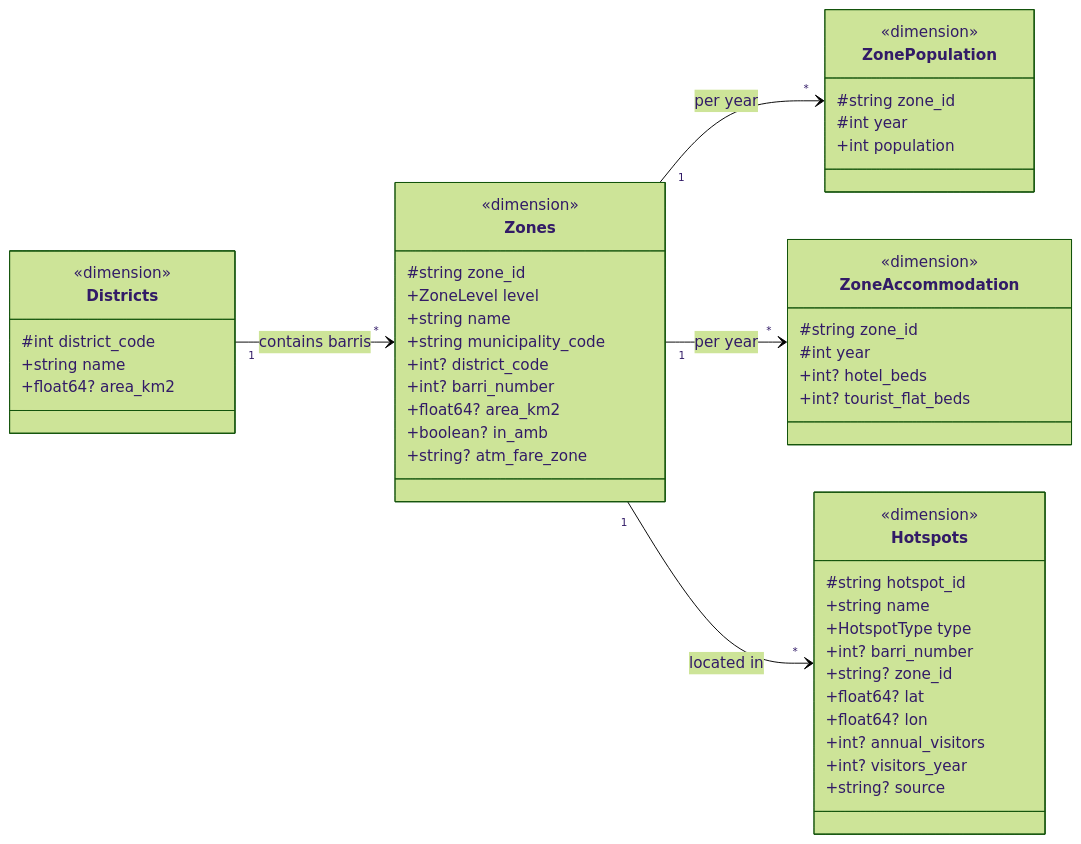
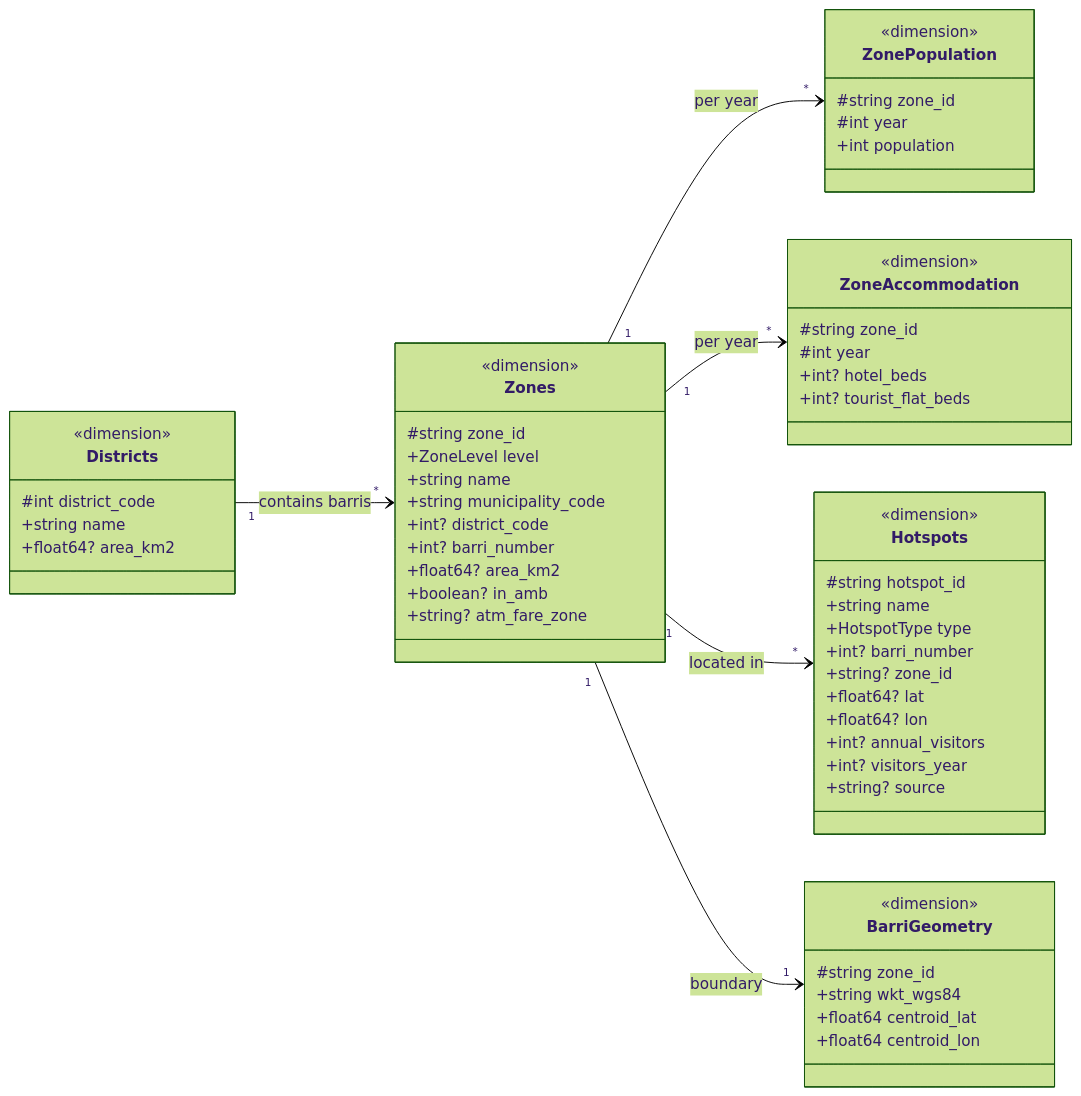
The first of 6 diagrams in docs/data-model.md (asteraceae/prisa), drawn with Mermaid (forest theme) before and after one commit. The commit also changed other lines of this file and 12 other files, not shown here.

First line of the commit message:
Notebooks 01-06, analysis tests, UML with the new tables

````diff
--- a/docs/data-model.md
+++ b/docs/data-model.md
@@ -9,52 +9,60 @@
 ```mermaid
 classDiagram
   direction LR
   class Zones {
     <<dimension>>
     #string zone_id
     +ZoneLevel level
     +string name
     +string municipality_code
     +int? district_code
     +int? barri_number
     +float64? area_km2
     +boolean? in_amb
     +string? atm_fare_zone
   }
   class Districts {
     <<dimension>>
     #int district_code
     +string name
     +float64? area_km2
   }
   class ZonePopulation {
     <<dimension>>
     #string zone_id
     #int year
     +int population
   }
   class ZoneAccommodation {
     <<dimension>>
     #string zone_id
     #int year
     +int? hotel_beds
     +int? tourist_flat_beds
   }
   class Hotspots {
     <<dimension>>
     #string hotspot_id
     +string name
     +HotspotType type
     +int? barri_number
     +string? zone_id
     +float64? lat
     +float64? lon
     +int? annual_visitors
     +int? visitors_year
     +string? source
   }
+  class BarriGeometry {
+    <<dimension>>
+    #string zone_id
+    +string wkt_wgs84
+    +float64 centroid_lat
+    +float64 centroid_lon
+  }
   Districts "1" --> "*" Zones : contains barris
   Zones "1" --> "*" ZonePopulation : per year
   Zones "1" --> "*" ZoneAccommodation : per year
   Zones "1" --> "*" Hotspots : located in
+  Zones "1" --> "1" BarriGeometry : boundary
 ```
````
